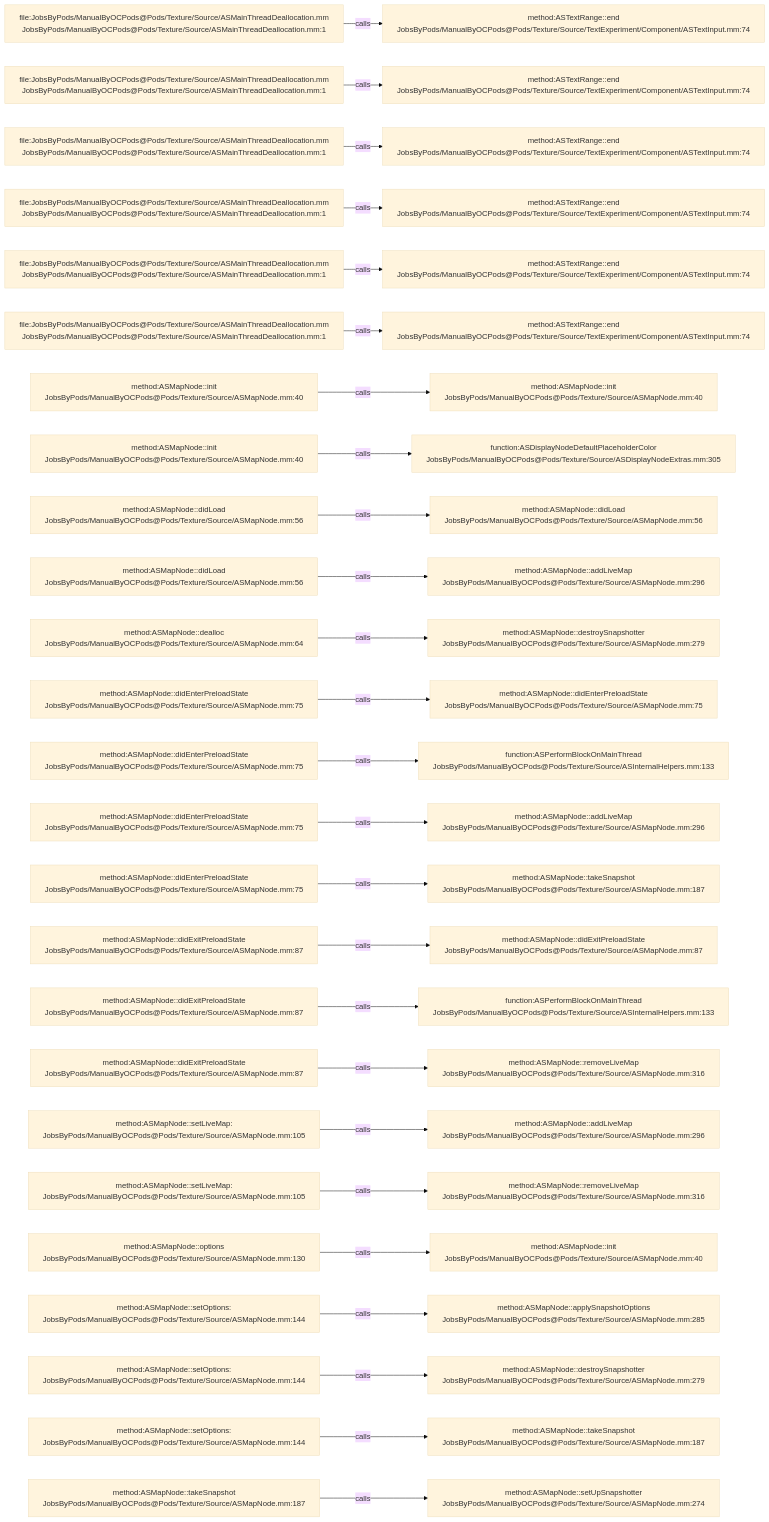
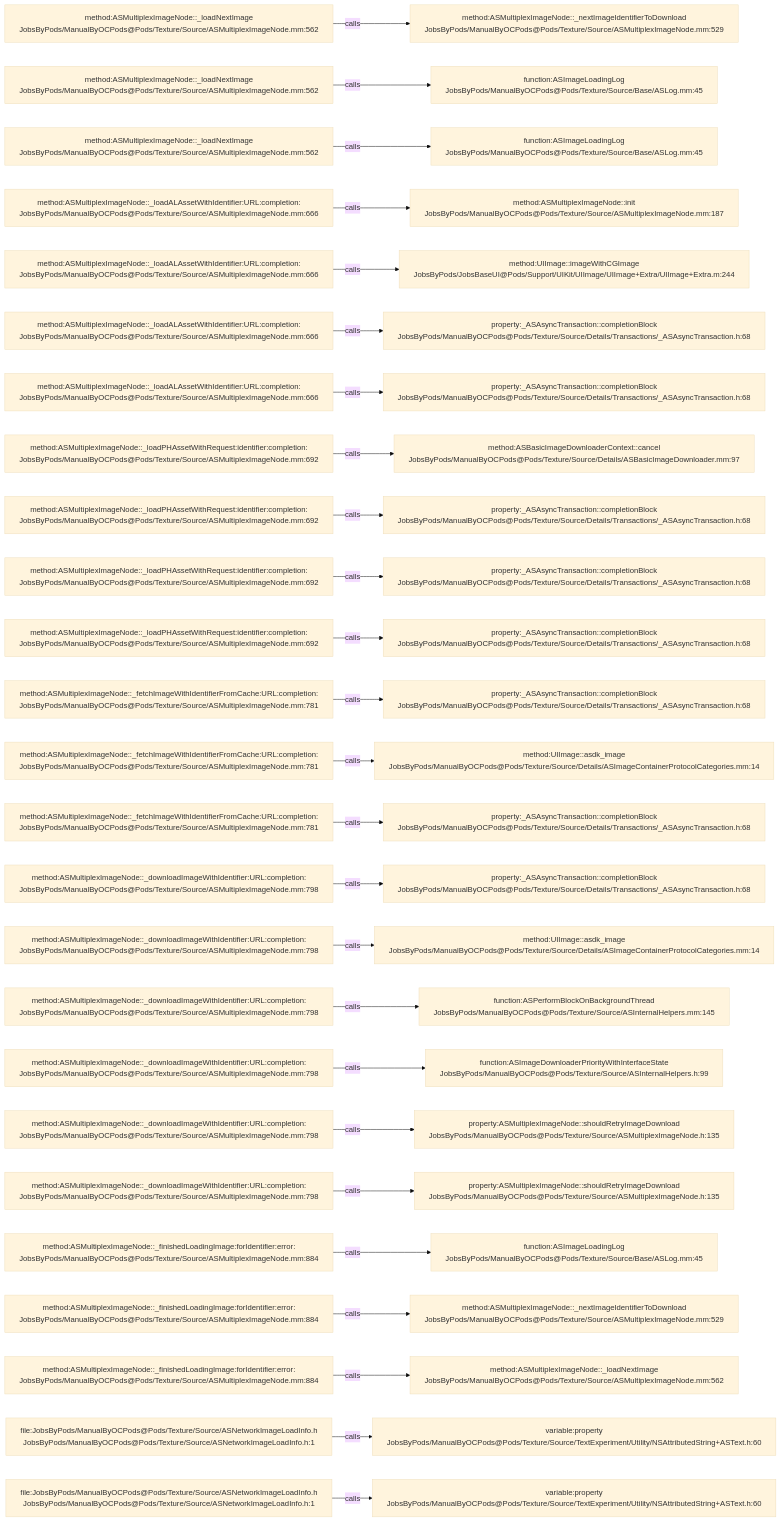
The diagram in .codegraph/codegraph.md/graphs/calls-114.md (JobsKits/JobsOCBaseConfigDemo), drawn with Mermaid (base theme) before and after one commit. The commit also changed 1353 other files, not shown here.

````diff
--- a/.codegraph/codegraph.md/graphs/calls-114.md
+++ b/.codegraph/codegraph.md/graphs/calls-114.md
@@ -13,78 +13,78 @@
 ```mermaid
 flowchart LR
-  S1["file:JobsByPods/ManualByOCPods@Pods/Texture/Source/ASMainThreadDeallocation.mm<br/>JobsByPods/ManualByOCPods@Pods/Texture/Source/ASMainThreadDeallocation.mm:1"]
-  T1["method:ASTextRange::end<br/>JobsByPods/ManualByOCPods@Pods/Texture/Source/TextExperiment/Component/ASTextInput.mm:74"]
+  S1["method:ASMultiplexImageNode::_loadNextImage<br/>JobsByPods/ManualByOCPods@Pods/Texture/Source/ASMultiplexImageNode.mm:562"]
+  T1["method:ASMultiplexImageNode::_nextImageIdentifierToDownload<br/>JobsByPods/ManualByOCPods@Pods/Texture/Source/ASMultiplexImageNode.mm:529"]
   S1 -->|calls| T1
-  S2["file:JobsByPods/ManualByOCPods@Pods/Texture/Source/ASMainThreadDeallocation.mm<br/>JobsByPods/ManualByOCPods@Pods/Texture/Source/ASMainThreadDeallocation.mm:1"]
-  T2["method:ASTextRange::end<br/>JobsByPods/ManualByOCPods@Pods/Texture/Source/TextExperiment/Component/ASTextInput.mm:74"]
+  S2["method:ASMultiplexImageNode::_loadNextImage<br/>JobsByPods/ManualByOCPods@Pods/Texture/Source/ASMultiplexImageNode.mm:562"]
+  T2["function:ASImageLoadingLog<br/>JobsByPods/ManualByOCPods@Pods/Texture/Source/Base/ASLog.mm:45"]
   S2 -->|calls| T2
-  S3["file:JobsByPods/ManualByOCPods@Pods/Texture/Source/ASMainThreadDeallocation.mm<br/>JobsByPods/ManualByOCPods@Pods/Texture/Source/ASMainThreadDeallocation.mm:1"]
-  T3["method:ASTextRange::end<br/>JobsByPods/ManualByOCPods@Pods/Texture/Source/TextExperiment/Component/ASTextInput.mm:74"]
+  S3["method:ASMultiplexImageNode::_loadNextImage<br/>JobsByPods/ManualByOCPods@Pods/Texture/Source/ASMultiplexImageNode.mm:562"]
+  T3["function:ASImageLoadingLog<br/>JobsByPods/ManualByOCPods@Pods/Texture/Source/Base/ASLog.mm:45"]
   S3 -->|calls| T3
-  S4["file:JobsByPods/ManualByOCPods@Pods/Texture/Source/ASMainThreadDeallocation.mm<br/>JobsByPods/ManualByOCPods@Pods/Texture/Source/ASMainThreadDeallocation.mm:1"]
-  T4["method:ASTextRange::end<br/>JobsByPods/ManualByOCPods@Pods/Texture/Source/TextExperiment/Component/ASTextInput.mm:74"]
+  S4["method:ASMultiplexImageNode::_loadALAssetWithIdentifier:URL:completion:<br/>JobsByPods/ManualByOCPods@Pods/Texture/Source/ASMultiplexImageNode.mm:666"]
+  T4["method:ASMultiplexImageNode::init<br/>JobsByPods/ManualByOCPods@Pods/Texture/Source/ASMultiplexImageNode.mm:187"]
   S4 -->|calls| T4
-  S5["file:JobsByPods/ManualByOCPods@Pods/Texture/Source/ASMainThreadDeallocation.mm<br/>JobsByPods/ManualByOCPods@Pods/Texture/Source/ASMainThreadDeallocation.mm:1"]
-  T5["method:ASTextRange::end<br/>JobsByPods/ManualByOCPods@Pods/Texture/Source/TextExperiment/Component/ASTextInput.mm:74"]
+  S5["method:ASMultiplexImageNode::_loadALAssetWithIdentifier:URL:completion:<br/>JobsByPods/ManualByOCPods@Pods/Texture/Source/ASMultiplexImageNode.mm:666"]
+  T5["method:UIImage::imageWithCGImage<br/>JobsByPods/JobsBaseUI@Pods/Support/UIKit/UIImage/UIImage+Extra/UIImage+Extra.m:244"]
   S5 -->|calls| T5
-  S6["file:JobsByPods/ManualByOCPods@Pods/Texture/Source/ASMainThreadDeallocation.mm<br/>JobsByPods/ManualByOCPods@Pods/Texture/Source/ASMainThreadDeallocation.mm:1"]
-  T6["method:ASTextRange::end<br/>JobsByPods/ManualByOCPods@Pods/Texture/Source/TextExperiment/Component/ASTextInput.mm:74"]
+  S6["method:ASMultiplexImageNode::_loadALAssetWithIdentifier:URL:completion:<br/>JobsByPods/ManualByOCPods@Pods/Texture/Source/ASMultiplexImageNode.mm:666"]
+  T6["property:_ASAsyncTransaction::completionBlock<br/>JobsByPods/ManualByOCPods@Pods/Texture/Source/Details/Transactions/_ASAsyncTransaction.h:68"]
   S6 -->|calls| T6
-  S7["method:ASMapNode::init<br/>JobsByPods/ManualByOCPods@Pods/Texture/Source/ASMapNode.mm:40"]
-  T7["method:ASMapNode::init<br/>JobsByPods/ManualByOCPods@Pods/Texture/Source/ASMapNode.mm:40"]
+  S7["method:ASMultiplexImageNode::_loadALAssetWithIdentifier:URL:completion:<br/>JobsByPods/ManualByOCPods@Pods/Texture/Source/ASMultiplexImageNode.mm:666"]
+  T7["property:_ASAsyncTransaction::completionBlock<br/>JobsByPods/ManualByOCPods@Pods/Texture/Source/Details/Transactions/_ASAsyncTransaction.h:68"]
   S7 -->|calls| T7
-  S8["method:ASMapNode::init<br/>JobsByPods/ManualByOCPods@Pods/Texture/Source/ASMapNode.mm:40"]
-  T8["function:ASDisplayNodeDefaultPlaceholderColor<br/>JobsByPods/ManualByOCPods@Pods/Texture/Source/ASDisplayNodeExtras.mm:305"]
+  S8["method:ASMultiplexImageNode::_loadPHAssetWithRequest:identifier:completion:<br/>JobsByPods/ManualByOCPods@Pods/Texture/Source/ASMultiplexImageNode.mm:692"]
+  T8["method:ASBasicImageDownloaderContext::cancel<br/>JobsByPods/ManualByOCPods@Pods/Texture/Source/Details/ASBasicImageDownloader.mm:97"]
   S8 -->|calls| T8
-  S9["method:ASMapNode::didLoad<br/>JobsByPods/ManualByOCPods@Pods/Texture/Source/ASMapNode.mm:56"]
-  T9["method:ASMapNode::didLoad<br/>JobsByPods/ManualByOCPods@Pods/Texture/Source/ASMapNode.mm:56"]
+  S9["method:ASMultiplexImageNode::_loadPHAssetWithRequest:identifier:completion:<br/>JobsByPods/ManualByOCPods@Pods/Texture/Source/ASMultiplexImageNode.mm:692"]
+  T9["property:_ASAsyncTransaction::completionBlock<br/>JobsByPods/ManualByOCPods@Pods/Texture/Source/Details/Transactions/_ASAsyncTransaction.h:68"]
   S9 -->|calls| T9
-  S10["method:ASMapNode::didLoad<br/>JobsByPods/ManualByOCPods@Pods/Texture/Source/ASMapNode.mm:56"]
-  T10["method:ASMapNode::addLiveMap<br/>JobsByPods/ManualByOCPods@Pods/Texture/Source/ASMapNode.mm:296"]
+  S10["method:ASMultiplexImageNode::_loadPHAssetWithRequest:identifier:completion:<br/>JobsByPods/ManualByOCPods@Pods/Texture/Source/ASMultiplexImageNode.mm:692"]
+  T10["property:_ASAsyncTransaction::completionBlock<br/>JobsByPods/ManualByOCPods@Pods/Texture/Source/Details/Transactions/_ASAsyncTransaction.h:68"]
   S10 -->|calls| T10
-  S11["method:ASMapNode::dealloc<br/>JobsByPods/ManualByOCPods@Pods/Texture/Source/ASMapNode.mm:64"]
-  T11["method:ASMapNode::destroySnapshotter<br/>JobsByPods/ManualByOCPods@Pods/Texture/Source/ASMapNode.mm:279"]
+  S11["method:ASMultiplexImageNode::_loadPHAssetWithRequest:identifier:completion:<br/>JobsByPods/ManualByOCPods@Pods/Texture/Source/ASMultiplexImageNode.mm:692"]
+  T11["property:_ASAsyncTransaction::completionBlock<br/>JobsByPods/ManualByOCPods@Pods/Texture/Source/Details/Transactions/_ASAsyncTransaction.h:68"]
   S11 -->|calls| T11
-  S12["method:ASMapNode::didEnterPreloadState<br/>JobsByPods/ManualByOCPods@Pods/Texture/Source/ASMapNode.mm:75"]
-  T12["method:ASMapNode::didEnterPreloadState<br/>JobsByPods/ManualByOCPods@Pods/Texture/Source/ASMapNode.mm:75"]
+  S12["method:ASMultiplexImageNode::_fetchImageWithIdentifierFromCache:URL:completion:<br/>JobsByPods/ManualByOCPods@Pods/Texture/Source/ASMultiplexImageNode.mm:781"]
+  T12["property:_ASAsyncTransaction::completionBlock<br/>JobsByPods/ManualByOCPods@Pods/Texture/Source/Details/Transactions/_ASAsyncTransaction.h:68"]
   S12 -->|calls| T12
-  S13["method:ASMapNode::didEnterPreloadState<br/>JobsByPods/ManualByOCPods@Pods/Texture/Source/ASMapNode.mm:75"]
-  T13["function:ASPerformBlockOnMainThread<br/>JobsByPods/ManualByOCPods@Pods/Texture/Source/ASInternalHelpers.mm:133"]
+  S13["method:ASMultiplexImageNode::_fetchImageWithIdentifierFromCache:URL:completion:<br/>JobsByPods/ManualByOCPods@Pods/Texture/Source/ASMultiplexImageNode.mm:781"]
+  T13["method:UIImage::asdk_image<br/>JobsByPods/ManualByOCPods@Pods/Texture/Source/Details/ASImageContainerProtocolCategories.mm:14"]
   S13 -->|calls| T13
-  S14["method:ASMapNode::didEnterPreloadState<br/>JobsByPods/ManualByOCPods@Pods/Texture/Source/ASMapNode.mm:75"]
-  T14["method:ASMapNode::addLiveMap<br/>JobsByPods/ManualByOCPods@Pods/Texture/Source/ASMapNode.mm:296"]
+  S14["method:ASMultiplexImageNode::_fetchImageWithIdentifierFromCache:URL:completion:<br/>JobsByPods/ManualByOCPods@Pods/Texture/Source/ASMultiplexImageNode.mm:781"]
+  T14["property:_ASAsyncTransaction::completionBlock<br/>JobsByPods/ManualByOCPods@Pods/Texture/Source/Details/Transactions/_ASAsyncTransaction.h:68"]
   S14 -->|calls| T14
-  S15["method:ASMapNode::didEnterPreloadState<br/>JobsByPods/ManualByOCPods@Pods/Texture/Source/ASMapNode.mm:75"]
-  T15["method:ASMapNode::takeSnapshot<br/>JobsByPods/ManualByOCPods@Pods/Texture/Source/ASMapNode.mm:187"]
+  S15["method:ASMultiplexImageNode::_downloadImageWithIdentifier:URL:completion:<br/>JobsByPods/ManualByOCPods@Pods/Texture/Source/ASMultiplexImageNode.mm:798"]
+  T15["property:_ASAsyncTransaction::completionBlock<br/>JobsByPods/ManualByOCPods@Pods/Texture/Source/Details/Transactions/_ASAsyncTransaction.h:68"]
   S15 -->|calls| T15
-  S16["method:ASMapNode::didExitPreloadState<br/>JobsByPods/ManualByOCPods@Pods/Texture/Source/ASMapNode.mm:87"]
-  T16["method:ASMapNode::didExitPreloadState<br/>JobsByPods/ManualByOCPods@Pods/Texture/Source/ASMapNode.mm:87"]
+  S16["method:ASMultiplexImageNode::_downloadImageWithIdentifier:URL:completion:<br/>JobsByPods/ManualByOCPods@Pods/Texture/Source/ASMultiplexImageNode.mm:798"]
+  T16["method:UIImage::asdk_image<br/>JobsByPods/ManualByOCPods@Pods/Texture/Source/Details/ASImageContainerProtocolCategories.mm:14"]
   S16 -->|calls| T16
-  S17["method:ASMapNode::didExitPreloadState<br/>JobsByPods/ManualByOCPods@Pods/Texture/Source/ASMapNode.mm:87"]
-  T17["function:ASPerformBlockOnMainThread<br/>JobsByPods/ManualByOCPods@Pods/Texture/Source/ASInternalHelpers.mm:133"]
+  S17["method:ASMultiplexImageNode::_downloadImageWithIdentifier:URL:completion:<br/>JobsByPods/ManualByOCPods@Pods/Texture/Source/ASMultiplexImageNode.mm:798"]
+  T17["function:ASPerformBlockOnBackgroundThread<br/>JobsByPods/ManualByOCPods@Pods/Texture/Source/ASInternalHelpers.mm:145"]
   S17 -->|calls| T17
-  S18["method:ASMapNode::didExitPreloadState<br/>JobsByPods/ManualByOCPods@Pods/Texture/Source/ASMapNode.mm:87"]
-  T18["method:ASMapNode::removeLiveMap<br/>JobsByPods/ManualByOCPods@Pods/Texture/Source/ASMapNode.mm:316"]
+  S18["method:ASMultiplexImageNode::_downloadImageWithIdentifier:URL:completion:<br/>JobsByPods/ManualByOCPods@Pods/Texture/Source/ASMultiplexImageNode.mm:798"]
+  T18["function:ASImageDownloaderPriorityWithInterfaceState<br/>JobsByPods/ManualByOCPods@Pods/Texture/Source/ASInternalHelpers.h:99"]
   S18 -->|calls| T18
-  S19["method:ASMapNode::setLiveMap:<br/>JobsByPods/ManualByOCPods@Pods/Texture/Source/ASMapNode.mm:105"]
-  T19["method:ASMapNode::addLiveMap<br/>JobsByPods/ManualByOCPods@Pods/Texture/Source/ASMapNode.mm:296"]
+  S19["method:ASMultiplexImageNode::_downloadImageWithIdentifier:URL:completion:<br/>JobsByPods/ManualByOCPods@Pods/Texture/Source/ASMultiplexImageNode.mm:798"]
+  T19["property:ASMultiplexImageNode::shouldRetryImageDownload<br/>JobsByPods/ManualByOCPods@Pods/Texture/Source/ASMultiplexImageNode.h:135"]
   S19 -->|calls| T19
-  S20["method:ASMapNode::setLiveMap:<br/>JobsByPods/ManualByOCPods@Pods/Texture/Source/ASMapNode.mm:105"]
-  T20["method:ASMapNode::removeLiveMap<br/>JobsByPods/ManualByOCPods@Pods/Texture/Source/ASMapNode.mm:316"]
+  S20["method:ASMultiplexImageNode::_downloadImageWithIdentifier:URL:completion:<br/>JobsByPods/ManualByOCPods@Pods/Texture/Source/ASMultiplexImageNode.mm:798"]
+  T20["property:ASMultiplexImageNode::shouldRetryImageDownload<br/>JobsByPods/ManualByOCPods@Pods/Texture/Source/ASMultiplexImageNode.h:135"]
   S20 -->|calls| T20
-  S21["method:ASMapNode::options<br/>JobsByPods/ManualByOCPods@Pods/Texture/Source/ASMapNode.mm:130"]
-  T21["method:ASMapNode::init<br/>JobsByPods/ManualByOCPods@Pods/Texture/Source/ASMapNode.mm:40"]
+  S21["method:ASMultiplexImageNode::_finishedLoadingImage:forIdentifier:error:<br/>JobsByPods/ManualByOCPods@Pods/Texture/Source/ASMultiplexImageNode.mm:884"]
+  T21["function:ASImageLoadingLog<br/>JobsByPods/ManualByOCPods@Pods/Texture/Source/Base/ASLog.mm:45"]
   S21 -->|calls| T21
-  S22["method:ASMapNode::setOptions:<br/>JobsByPods/ManualByOCPods@Pods/Texture/Source/ASMapNode.mm:144"]
-  T22["method:ASMapNode::applySnapshotOptions<br/>JobsByPods/ManualByOCPods@Pods/Texture/Source/ASMapNode.mm:285"]
+  S22["method:ASMultiplexImageNode::_finishedLoadingImage:forIdentifier:error:<br/>JobsByPods/ManualByOCPods@Pods/Texture/Source/ASMultiplexImageNode.mm:884"]
+  T22["method:ASMultiplexImageNode::_nextImageIdentifierToDownload<br/>JobsByPods/ManualByOCPods@Pods/Texture/Source/ASMultiplexImageNode.mm:529"]
   S22 -->|calls| T22
-  S23["method:ASMapNode::setOptions:<br/>JobsByPods/ManualByOCPods@Pods/Texture/Source/ASMapNode.mm:144"]
-  T23["method:ASMapNode::destroySnapshotter<br/>JobsByPods/ManualByOCPods@Pods/Texture/Source/ASMapNode.mm:279"]
+  S23["method:ASMultiplexImageNode::_finishedLoadingImage:forIdentifier:error:<br/>JobsByPods/ManualByOCPods@Pods/Texture/Source/ASMultiplexImageNode.mm:884"]
+  T23["method:ASMultiplexImageNode::_loadNextImage<br/>JobsByPods/ManualByOCPods@Pods/Texture/Source/ASMultiplexImageNode.mm:562"]
   S23 -->|calls| T23
-  S24["method:ASMapNode::setOptions:<br/>JobsByPods/ManualByOCPods@Pods/Texture/Source/ASMapNode.mm:144"]
-  T24["method:ASMapNode::takeSnapshot<br/>JobsByPods/ManualByOCPods@Pods/Texture/Source/ASMapNode.mm:187"]
+  S24["file:JobsByPods/ManualByOCPods@Pods/Texture/Source/ASNetworkImageLoadInfo.h<br/>JobsByPods/ManualByOCPods@Pods/Texture/Source/ASNetworkImageLoadInfo.h:1"]
+  T24["variable:property<br/>JobsByPods/ManualByOCPods@Pods/Texture/Source/TextExperiment/Utility/NSAttributedString+ASText.h:60"]
   S24 -->|calls| T24
-  S25["method:ASMapNode::takeSnapshot<br/>JobsByPods/ManualByOCPods@Pods/Texture/Source/ASMapNode.mm:187"]
-  T25["method:ASMapNode::setUpSnapshotter<br/>JobsByPods/ManualByOCPods@Pods/Texture/Source/ASMapNode.mm:274"]
+  S25["file:JobsByPods/ManualByOCPods@Pods/Texture/Source/ASNetworkImageLoadInfo.h<br/>JobsByPods/ManualByOCPods@Pods/Texture/Source/ASNetworkImageLoadInfo.h:1"]
+  T25["variable:property<br/>JobsByPods/ManualByOCPods@Pods/Texture/Source/TextExperiment/Utility/NSAttributedString+ASText.h:60"]
   S25 -->|calls| T25
 ```
````
